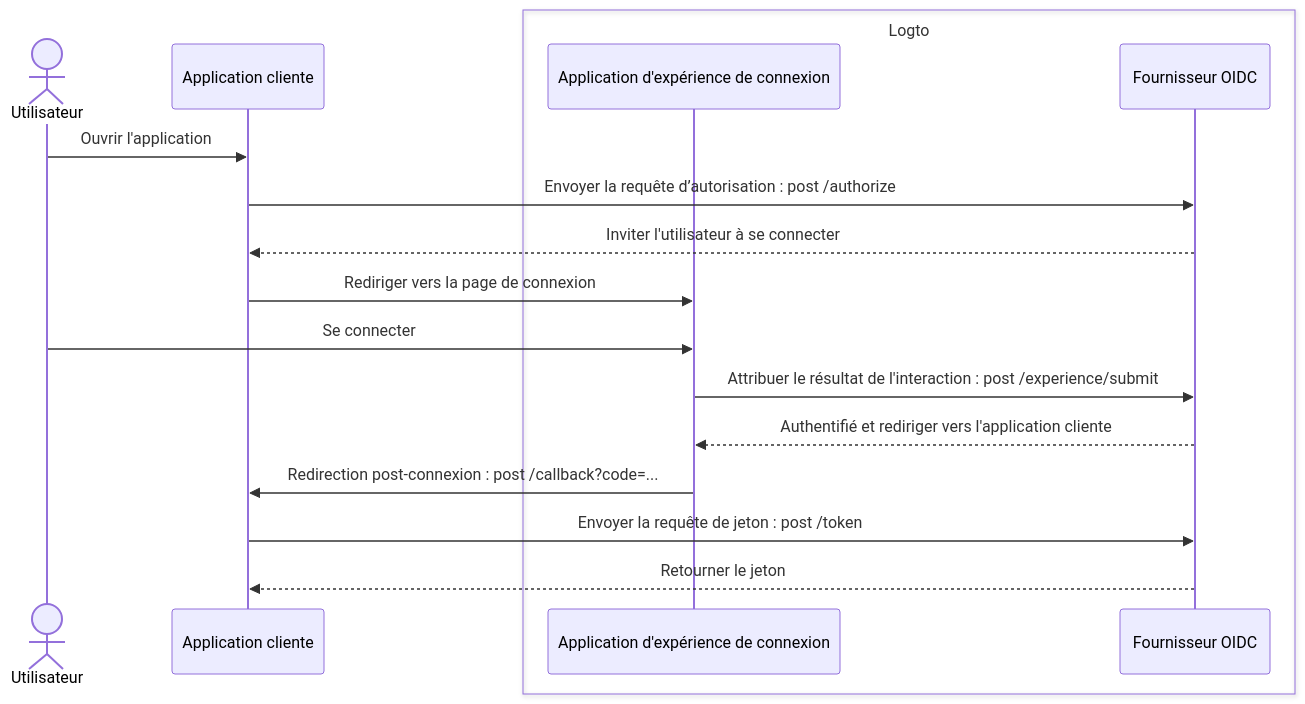
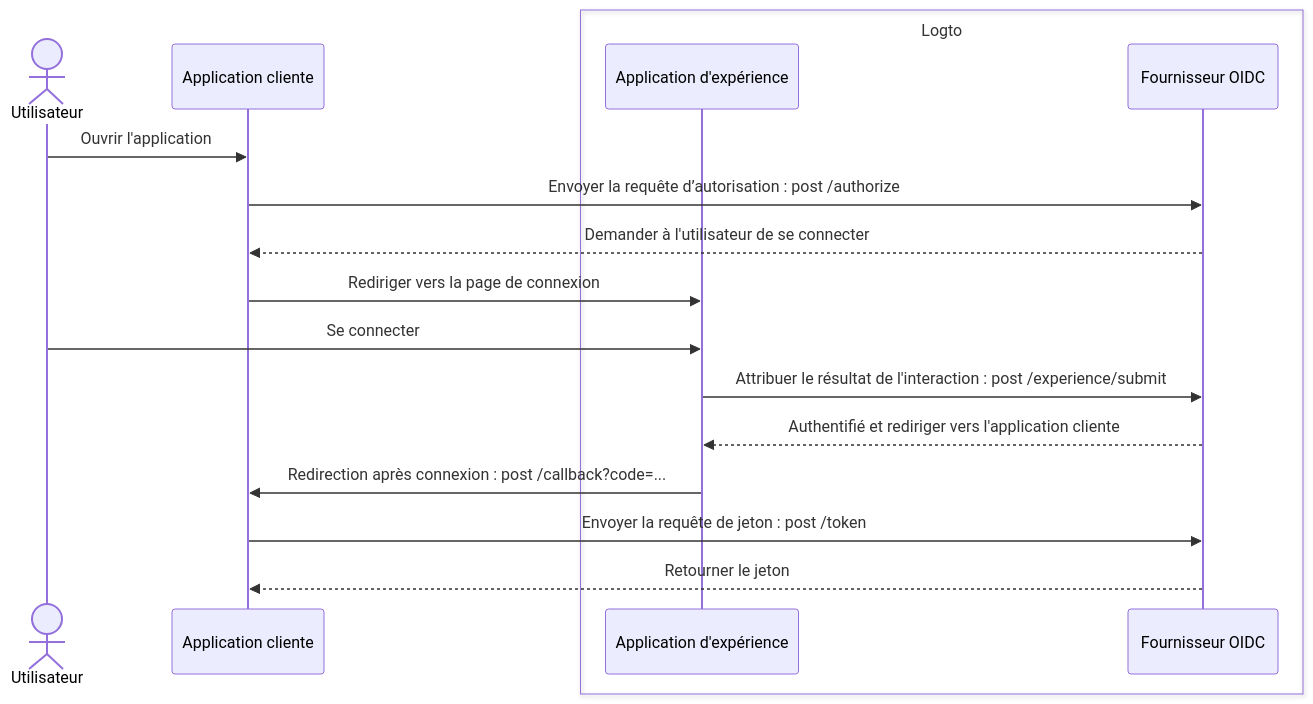
The first of 2 diagrams in i18n/fr/docusaurus-plugin-content-docs/current/end-user-flows/sign-up-and-sign-in/README.mdx (logto-io/docs), drawn with Mermaid before and after one commit. The commit also changed other lines of this file and 407 other files, not shown here.

````diff
--- a/i18n/fr/docusaurus-plugin-content-docs/current/end-user-flows/sign-up-and-sign-in/README.mdx
+++ b/i18n/fr/docusaurus-plugin-content-docs/current/end-user-flows/sign-up-and-sign-in/README.mdx
@@ -15,21 +15,21 @@
 ```mermaid
 sequenceDiagram
   actor user as Utilisateur
   participant client as Application cliente
 
   box Logto
-    participant experience as Application d'expérience de connexion
+    participant experience as Application d'expérience
     participant oidc as Fournisseur OIDC
   end
 
   user ->> client: Ouvrir l'application
   client ->> oidc: Envoyer la requête d’autorisation : post /authorize
-  oidc -->> client: Inviter l'utilisateur à se connecter
+  oidc -->> client: Demander à l'utilisateur de se connecter
   client ->> experience: Rediriger vers la page de connexion
   user ->> experience: Se connecter
   experience ->> oidc: Attribuer le résultat de l'interaction : post /experience/submit
   oidc -->> experience: Authentifié et rediriger vers l'application cliente
-  experience ->> client: Redirection post-connexion : post /callback?code=...
+  experience ->> client: Redirection après connexion : post /callback?code=...
   client ->> oidc: Envoyer la requête de jeton : post /token
   oidc -->> client: Retourner le jeton
 ```
````
